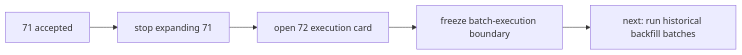
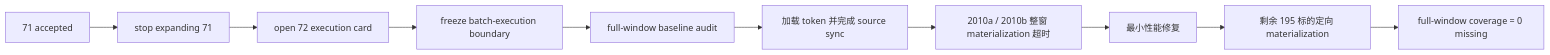
Before and after one commit to everything-is-simple/lifespan-0.01: the diagram in docs/03-execution/records/72-historical-objective-profile-backfill-execution-record-20260415.md, drawn with Mermaid. The commit also changed other lines of this file and 9 other files, not shown here.

````diff
--- a/docs/03-execution/records/72-historical-objective-profile-backfill-execution-record-20260415.md
+++ b/docs/03-execution/records/72-historical-objective-profile-backfill-execution-record-20260415.md
@@ -27,7 +47,12 @@
 ```mermaid
 flowchart LR
     A["71 accepted"] --> B["stop expanding 71"]
     B --> C["open 72 execution card"]
     C --> D["freeze batch-execution boundary"]
-    D --> E["next: run historical backfill batches"]
+    D --> E["full-window baseline audit"]
+    E --> F["加载 token 并完成 source sync"]
+    F --> G["2010a / 2010b 整窗 materialization 超时"]
+    G --> H["最小性能修复"]
+    H --> I["剩余 195 标的定向 materialization"]
+    I --> J["full-window coverage = 0 missing"]
 ```
````
